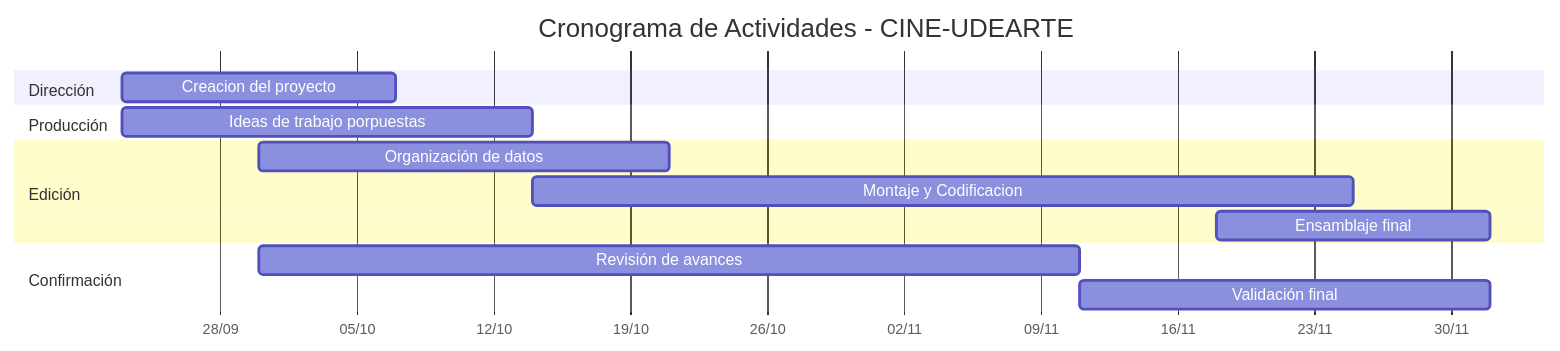
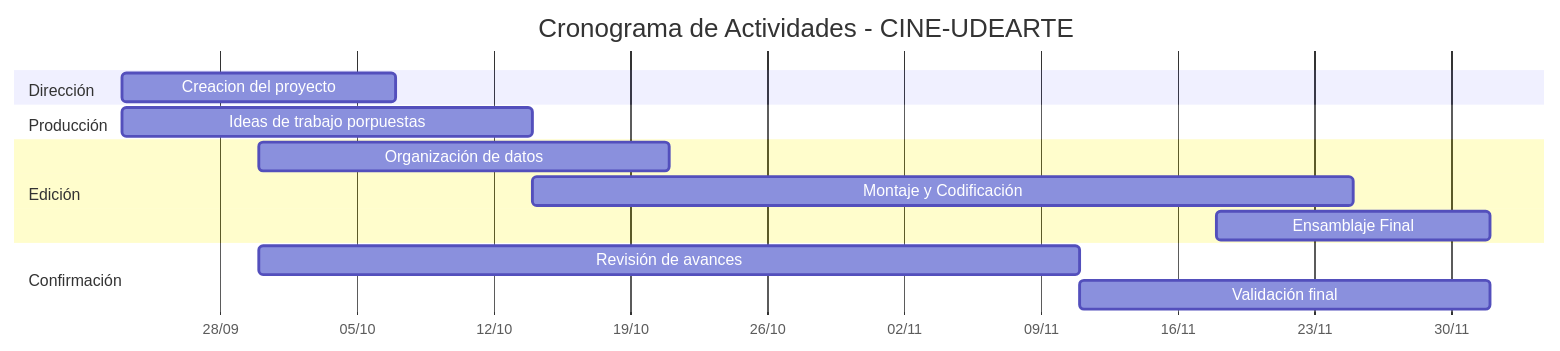
One commit to JonhyOC/CINE-UDEARTE changed the diagram in README.md. Above: the diagram before and after it, drawn with Mermaid. The commit also changed other lines of this file, not shown here.

````diff
--- a/README.md
+++ b/README.md
@@ -130,22 +130,22 @@
 ```mermaid
 gantt
     title Cronograma de Actividades - CINE-UDEARTE
     dateFormat  YYYY-MM-DD
     axisFormat  %d/%m
 
     section Dirección
     Creacion del proyecto             :dir1, 2025-09-23, 2w
     
 
     section Producción
     Ideas de trabajo porpuestas       :prod1, 2025-09-23, 3w
     
     section Edición
     Organización de datos             :edit1, 2025-09-30, 3w
-    Montaje y Codificacion            :edit2, 2025-10-14, 6w
-    Ensamblaje final                  :edit3, 2025-11-18, 2w
+    Montaje y Codificación            :edit2, 2025-10-14, 6w
+    Ensamblaje Final                  :edit3, 2025-11-18, 2w
 
     section Confirmación
     Revisión de avances               :conf1, 2025-09-30, 6w
     Validación final                  :conf2, 2025-11-11, 3w
 ```
````
